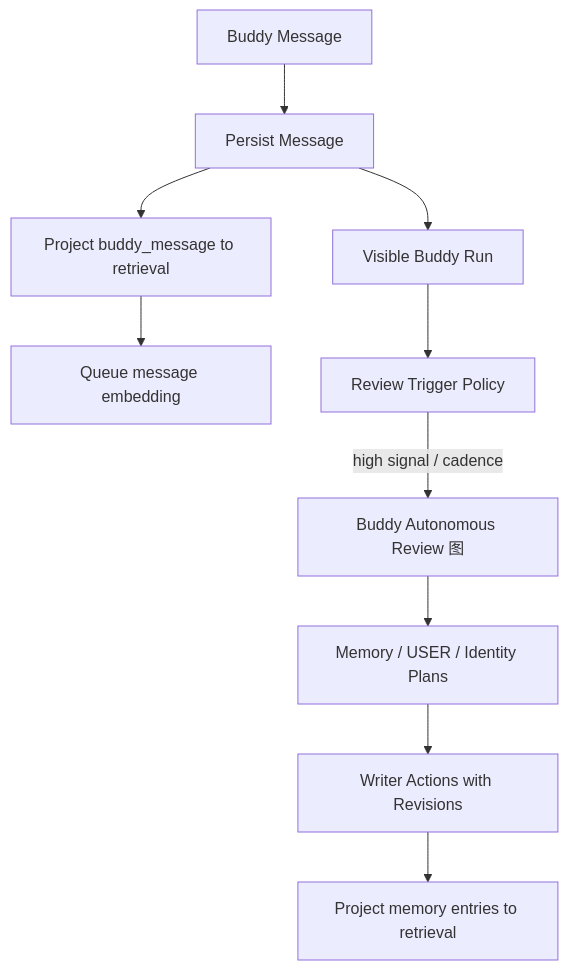
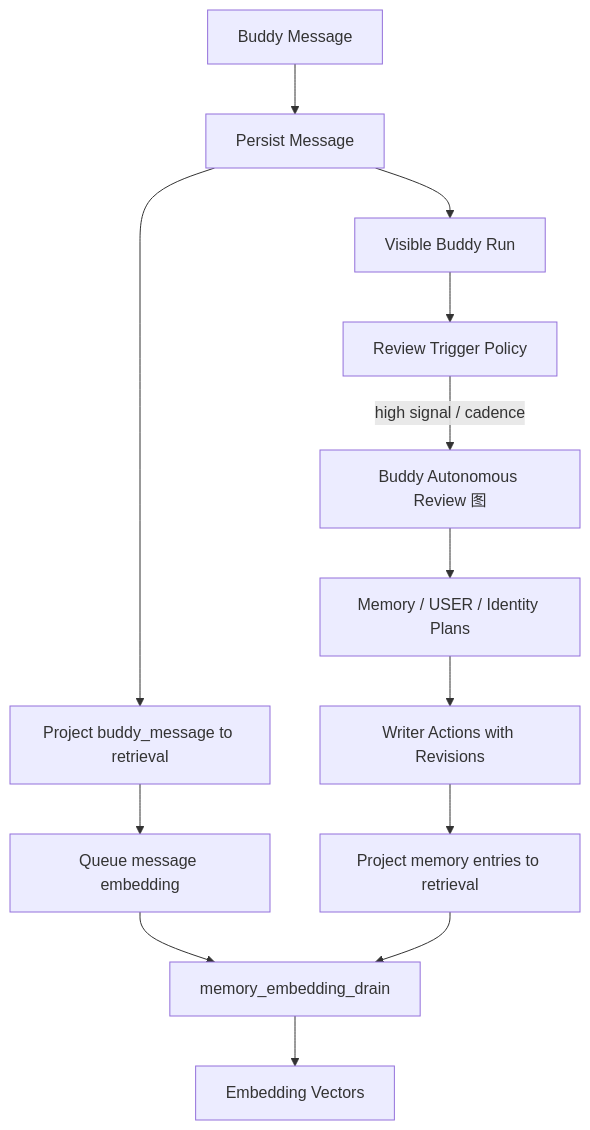
Before and after one commit to OoABYSSoO/TooGraph: the fourth of 6 diagrams in docs/embedding-retrieval-lifecycle-design.md, drawn with Mermaid. The commit also changed other lines of this file and 15 other files, not shown here.

````diff
--- a/docs/embedding-retrieval-lifecycle-design.md
+++ b/docs/embedding-retrieval-lifecycle-design.md
@@ -478,12 +496,15 @@
 ```mermaid
 flowchart TD
   A["Buddy Message"] --> B["Persist Message"]
   B --> C["Project buddy_message to retrieval"]
   C --> D["Queue message embedding"]
+  D --> K["memory_embedding_drain"]
+  K --> L["Embedding Vectors"]
   B --> E["Visible Buddy Run"]
   E --> F["Review Trigger Policy"]
   F -->|high signal / cadence| G["Buddy Autonomous Review 图"]
   G --> H["Memory / USER / Identity Plans"]
   H --> I["Writer Actions with Revisions"]
   I --> J["Project memory entries to retrieval"]
+  J --> K
 ```
````
